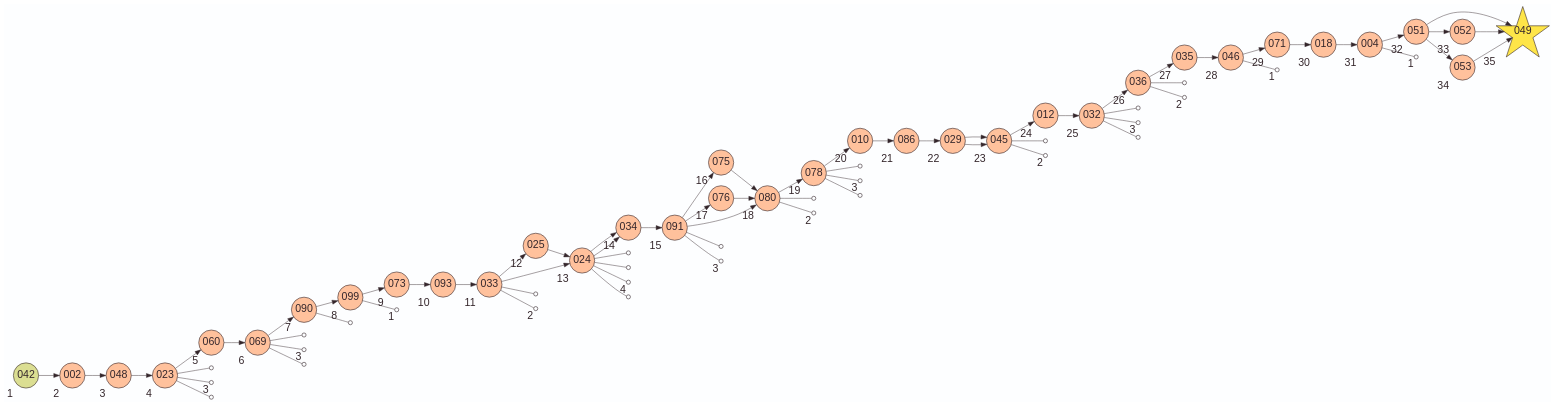
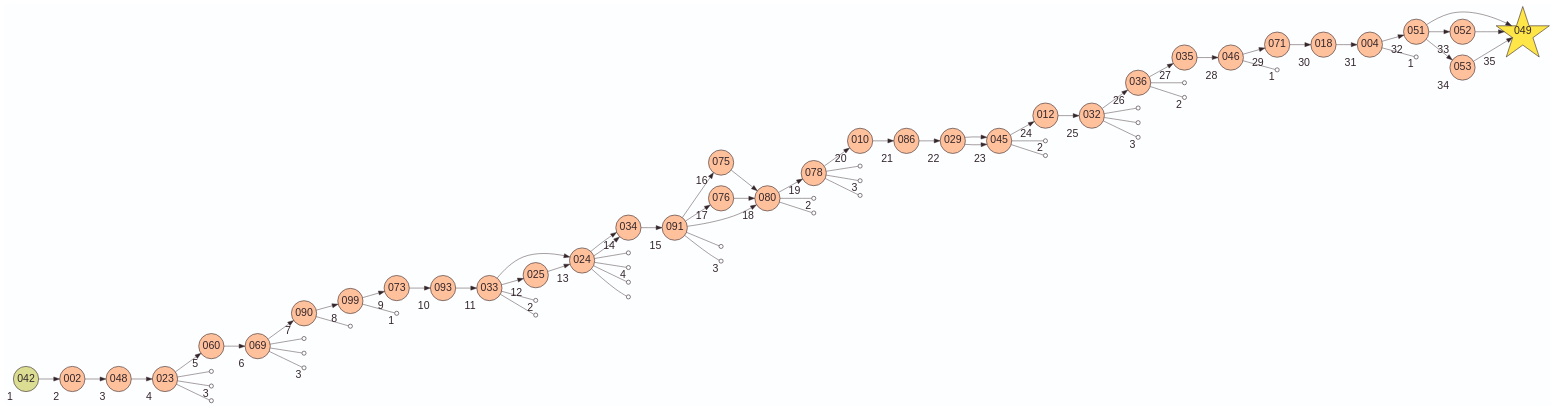
The diagram in en/sqlite/output/activity_map.gv (laowantong/sqlab_island), drawn with Graphviz before and after one commit. The commit also changed other lines of this file and 11 other files, not shown here.

```diff
--- a/en/sqlite/output/activity_map.gv
+++ b/en/sqlite/output/activity_map.gv
@@ -1,164 +1,164 @@
 digraph G {
     layout=dot
     rankdir=LR
     bgcolor="#FDFEFF"
     edge [color="#34262B" penwidth=0.75]
     node [
         shape=star
         fixedsize=true
         width=0.3
         height=0.3
         fillcolor="#FEE548"
         color="#34262B"
         fontcolor="#34262B"
         fontsize=18
         penwidth=1
         style=filled
         label=""
     ]
     
     node [width=1.2 height=1.2 fontname=Helvetica label="\N"]
     049
     node [ width=0.6 height=0.6 shape=circle fillcolor="#FFC19C"]
+    002 [xlabel=2]
+    004 [xlabel=31]
+    010 [xlabel=20]
     012 [xlabel=24]
+    018 [xlabel=30]
+    023 [xlabel=4]
+    024 [xlabel=13]
+    025 [xlabel=12]
+    029 [xlabel=22]
     032 [xlabel=25]
     033 [xlabel=11]
-    086 [xlabel=21]
+    034 [xlabel=14]
+    035 [xlabel=27]
+    036 [xlabel=26]
+    045 [xlabel=23]
+    046 [xlabel=28]
+    048 [xlabel=3]
+    049 [xlabel=35]
+    051 [xlabel=32]
+    052 [xlabel=33]
+    053 [xlabel=34]
+    060 [xlabel=5]
+    069 [xlabel=6]
     071 [xlabel=29]
-    090 [xlabel=7]
+    073 [xlabel=9]
     075 [xlabel=16]
     076 [xlabel=17]
-    049 [xlabel=35]
+    078 [xlabel=19]
+    080 [xlabel=18]
+    086 [xlabel=21]
+    090 [xlabel=7]
+    091 [xlabel=15]
+    093 [xlabel=10]
     099 [xlabel=8]
-    093 [xlabel=10]
-    091 [xlabel=15]
-    018 [xlabel=30]
-    051 [xlabel=32]
-    052 [xlabel=33]
-    073 [xlabel=9]
-    053 [xlabel=34]
-    025 [xlabel=12]
-    004 [xlabel=31]
-    029 [xlabel=22]
-    036 [xlabel=26]
-    010 [xlabel=20]
-    048 [xlabel=3]
-    060 [xlabel=5]
-    046 [xlabel=28]
-    069 [xlabel=6]
-    045 [xlabel=23]
-    035 [xlabel=27]
-    078 [xlabel=19]
-    024 [xlabel=13]
-    080 [xlabel=18]
-    034 [xlabel=14]
-    023 [xlabel=4]
-    002 [xlabel=2]
     node [fillcolor="#DBDE92"]
     
     042 [xlabel=1]
     
+    002 -> 048
+    004 -> 051
+    010 -> 086
+    012 -> 032
+    018 -> 004
+    023 -> 060
+    024 -> 034
+    024 -> 034
+    025 -> 024
+    029 -> 045
+    029 -> 045
+    032 -> 036
+    033 -> 024
+    033 -> 025
+    034 -> 091
+    035 -> 046
+    036 -> 035
     042 -> 002
-    002 -> 048
+    045 -> 012
+    046 -> 071
     048 -> 023
-    023 -> 060
+    051 -> 049
+    051 -> 052
+    051 -> 053
+    052 -> 049
+    053 -> 049
     060 -> 069
     069 -> 090
+    071 -> 018
+    073 -> 093
+    075 -> 080
+    076 -> 080
+    078 -> 010
+    080 -> 078
+    086 -> 029
     090 -> 099
-    099 -> 073
-    073 -> 093
-    093 -> 033
-    033 -> 024
-    033 -> 025
-    025 -> 024
-    024 -> 034
-    024 -> 034
-    034 -> 091
-    091 -> 080
     091 -> 075
     091 -> 076
-    075 -> 080
-    076 -> 080
-    080 -> 078
-    078 -> 010
-    010 -> 086
-    086 -> 029
-    029 -> 045
-    029 -> 045
-    045 -> 012
-    012 -> 032
-    032 -> 036
-    036 -> 035
-    035 -> 046
-    046 -> 071
-    071 -> 018
-    018 -> 004
-    004 -> 051
-    051 -> 052
-    051 -> 053
-    051 -> 049
-    052 -> 049
-    053 -> 049
+    091 -> 080
+    093 -> 033
+    099 -> 073
     node [width=0.1 height=0.1 label="" fillcolor=none]
-    49634567641071
-    48038106262884 [xlabel=3]
-    36544000811616
-    70387888034034
-    76307533465793 [xlabel=3]
-    73596625706163
-    30529521407667
+    128750693527757
+    130035311163695 [xlabel=2]
+    133844634368524 [xlabel=2]
+    137567818264690
+    161728381954968
     16427621247298 [xlabel=1]
-    137567818264690
-    133844634368524 [xlabel=2]
-    166447123487581
-    161728381954968
     165711365329111 [xlabel=4]
     165881901973859
+    166447123487581
+    17913110945546 [xlabel=2]
+    203589828702201 [xlabel=1]
     23228768719000
+    234350336086754 [xlabel=2]
+    237791690290201
     25263687649022 [xlabel=3]
     28860022323271
-    17913110945546 [xlabel=2]
+    30529521407667
+    34691307360644
+    34691307363378 [xlabel=3]
     34691307364334
-    34691307363378 [xlabel=3]
-    34691307360644
-    237791690290201
-    234350336086754 [xlabel=2]
+    36544000811616
+    39735907674280
     39891969235649
     40030811180335 [xlabel=3]
-    39735907674280
-    128750693527757
-    130035311163695 [xlabel=2]
-    203589828702201 [xlabel=1]
+    48038106262884 [xlabel=3]
+    49634567641071
     66225330703443 [xlabel=1]
+    70387888034034
+    73596625706163
+    76307533465793 [xlabel=3]
     edge [arrowhead=none]
+    004 -> 66225330703443
+    023 -> 36544000811616
+    023 -> 48038106262884
     023 -> 49634567641071
-    023 -> 48038106262884
-    023 -> 36544000811616
-    069 -> 70387888034034
-    069 -> 76307533465793
-    069 -> 73596625706163
-    090 -> 30529521407667
-    099 -> 16427621247298
-    033 -> 137567818264690
-    033 -> 133844634368524
-    024 -> 166447123487581
     024 -> 161728381954968
     024 -> 165711365329111
     024 -> 165881901973859
+    024 -> 166447123487581
+    032 -> 39735907674280
+    032 -> 39891969235649
+    032 -> 40030811180335
+    033 -> 133844634368524
+    033 -> 137567818264690
+    036 -> 128750693527757
+    036 -> 130035311163695
+    045 -> 234350336086754
+    045 -> 237791690290201
+    046 -> 203589828702201
+    069 -> 70387888034034
+    069 -> 73596625706163
+    069 -> 76307533465793
+    078 -> 34691307360644
+    078 -> 34691307363378
+    078 -> 34691307364334
+    080 -> 17913110945546
+    080 -> 28860022323271
+    090 -> 30529521407667
     091 -> 23228768719000
     091 -> 25263687649022
-    080 -> 28860022323271
-    080 -> 17913110945546
-    078 -> 34691307364334
-    078 -> 34691307363378
-    078 -> 34691307360644
-    045 -> 237791690290201
-    045 -> 234350336086754
-    032 -> 39891969235649
-    032 -> 40030811180335
-    032 -> 39735907674280
-    036 -> 128750693527757
-    036 -> 130035311163695
-    046 -> 203589828702201
-    004 -> 66225330703443
+    099 -> 16427621247298
 }
```
